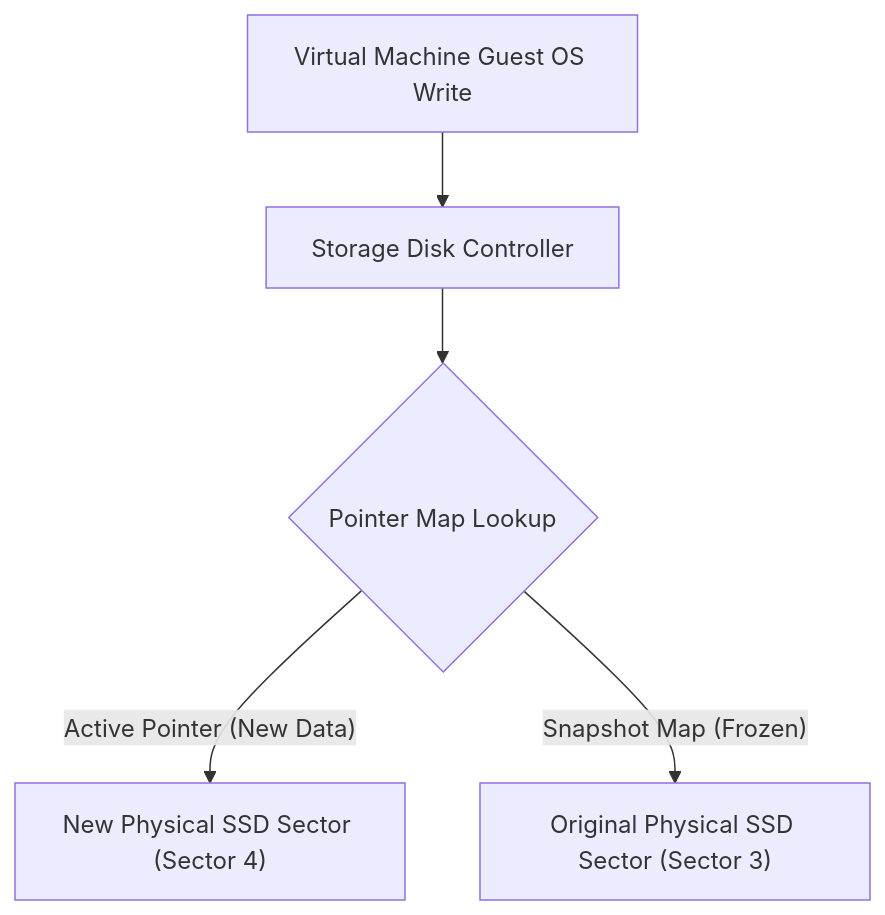
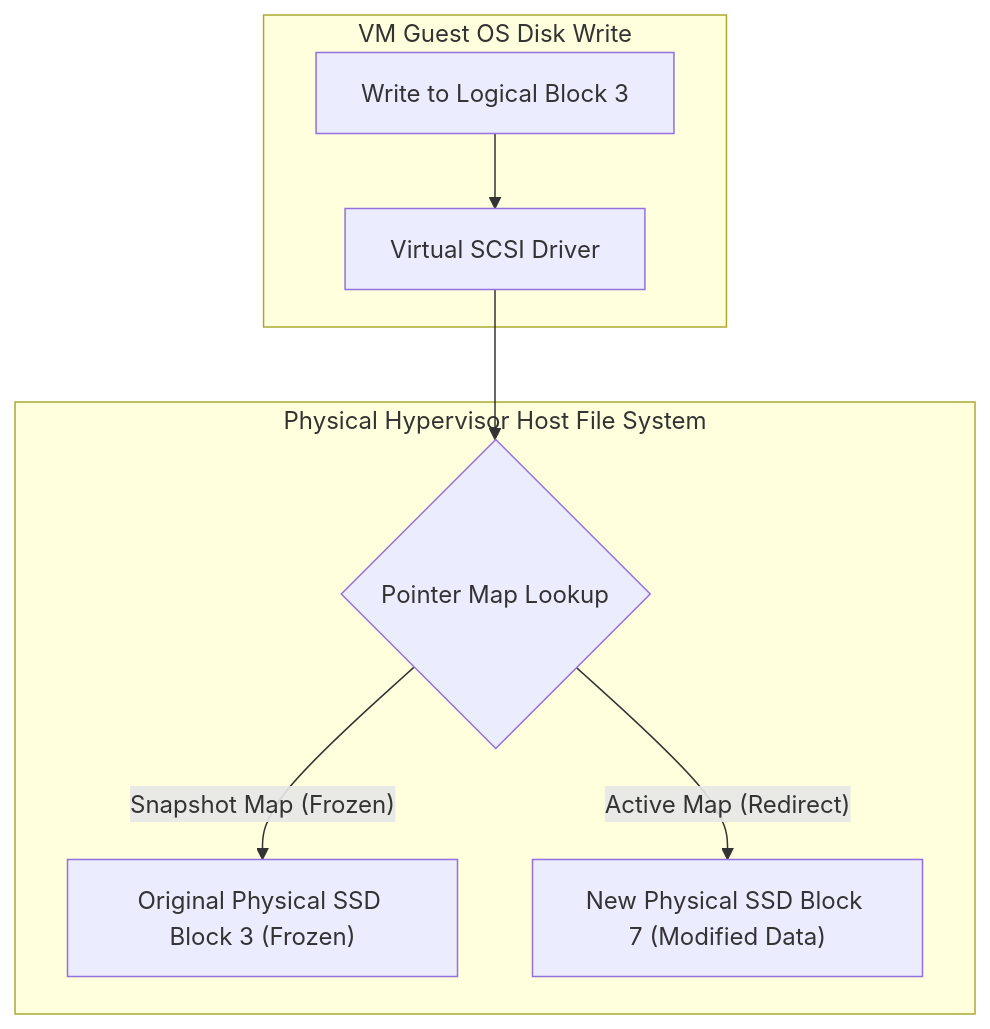
One commit to senlinyy/dev-roadmaps changed the first of 3 diagrams in cloud-providers/azure/storage-databases/backups-and-retention.md. Above: the diagram before and after it, drawn with Mermaid. The commit also changed other lines of this file and 343 other files, not shown here.

````diff
--- a/cloud-providers/azure/storage-databases/backups-and-retention.md
+++ b/cloud-providers/azure/storage-databases/backups-and-retention.md
@@ -45,7 +151,12 @@
 ```mermaid
 flowchart TD
-    VM["Virtual Machine Guest OS Write"] --> Controller["Storage Disk Controller"]
-    Controller --> PointerMap{"Pointer Map Lookup"}
-    PointerMap -- "Active Pointer (New Data)" --> NewSector["New Physical SSD Sector (Sector 4)"]
-    PointerMap -- "Snapshot Map (Frozen)" --> OldSector["Original Physical SSD Sector (Sector 3)"]
+    subgraph ActiveVMOps["VM Guest OS Disk Write"]
+        Write["Write to Logical Block 3"] --> Drive["Virtual SCSI Driver"]
+    end
+
+    subgraph HostHypervisor["Physical Hypervisor Host File System"]
+        Drive --> PointerMap{"Pointer Map Lookup"}
+        PointerMap -- "Snapshot Map (Frozen)" --> OldSector["Original Physical SSD Block 3 (Frozen)"]
+        PointerMap -- "Active Map (Redirect)" --> NewSector["New Physical SSD Block 7 (Modified Data)"]
+    end
 ```
````
